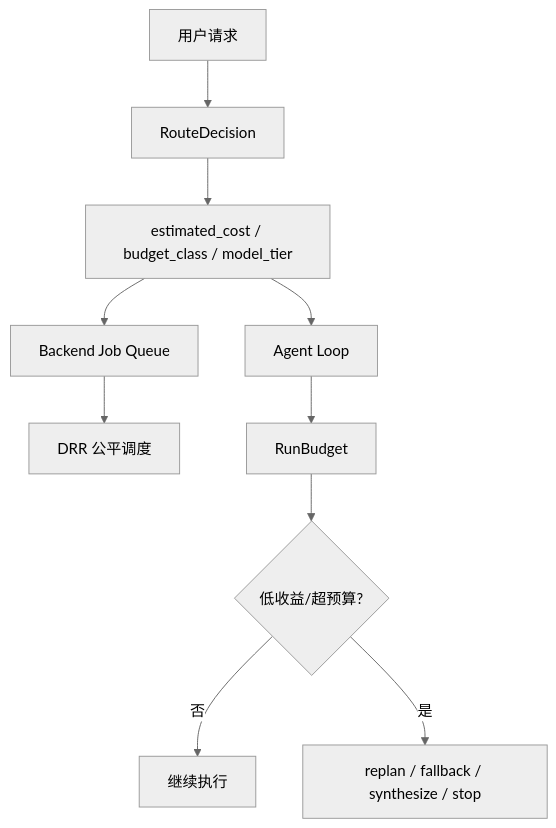
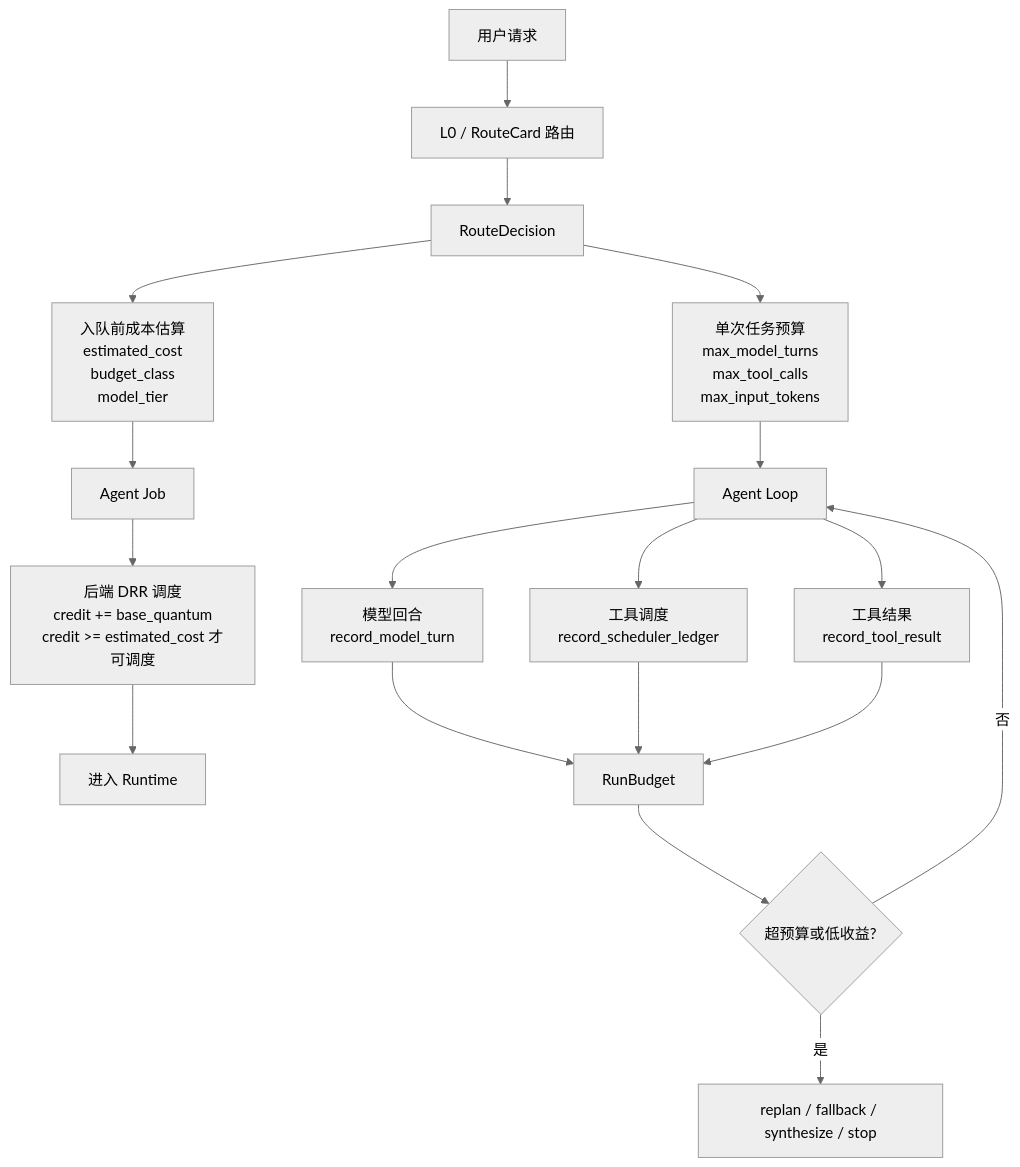
The diagram in docs/agentic-rag-interview-course/25-成本控制闭环.md (yaohedelishashuiwujiao-ctrl/CarAgent-python), drawn with Mermaid (neutral theme) before and after one commit. The commit also changed other lines of this file and 1 other file, not shown here.

Commit message:
Deepen contract and cost control interview docs

````diff
--- a/docs/agentic-rag-interview-course/25-成本控制闭环.md
+++ b/docs/agentic-rag-interview-course/25-成本控制闭环.md
@@ -11,12 +29,25 @@
 ```mermaid
 flowchart TD
-    U[用户请求] --> ROUTE[RouteDecision]
-    ROUTE --> EST[estimated_cost / budget_class / model_tier]
-    EST --> JOB[Backend Job Queue]
-    JOB --> DRR[DRR 公平调度]
-    EST --> LOOP[Agent Loop]
-    LOOP --> BUDGET[RunBudget]
-    BUDGET --> LOW{低收益/超预算?}
-    LOW -- 否 --> CONTINUE[继续执行]
-    LOW -- 是 --> RECOVER[replan / fallback / synthesize / stop]
+    U[用户请求] --> L0[L0 / RouteCard 路由]
+    L0 --> RD[RouteDecision]
+
+    RD --> C1[入队前成本估算<br/>estimated_cost<br/>budget_class<br/>model_tier]
+    C1 --> J[Agent Job]
+    J --> DRR[后端 DRR 调度<br/>credit += base_quantum<br/>credit >= estimated_cost 才可调度]
+    DRR --> RUN[进入 Runtime]
+
+    RD --> C2[单次任务预算<br/>max_model_turns<br/>max_tool_calls<br/>max_input_tokens]
+    C2 --> LOOP[Agent Loop]
+
+    LOOP --> MT[模型回合<br/>record_model_turn]
+    LOOP --> TS[工具调度<br/>record_scheduler_ledger]
+    LOOP --> TR[工具结果<br/>record_tool_result]
+
+    MT --> RB[RunBudget]
+    TS --> RB
+    TR --> RB
+
+    RB --> CHECK{超预算或低收益?}
+    CHECK -- 否 --> LOOP
+    CHECK -- 是 --> ACTION[replan / fallback / synthesize / stop]
 ```
````
